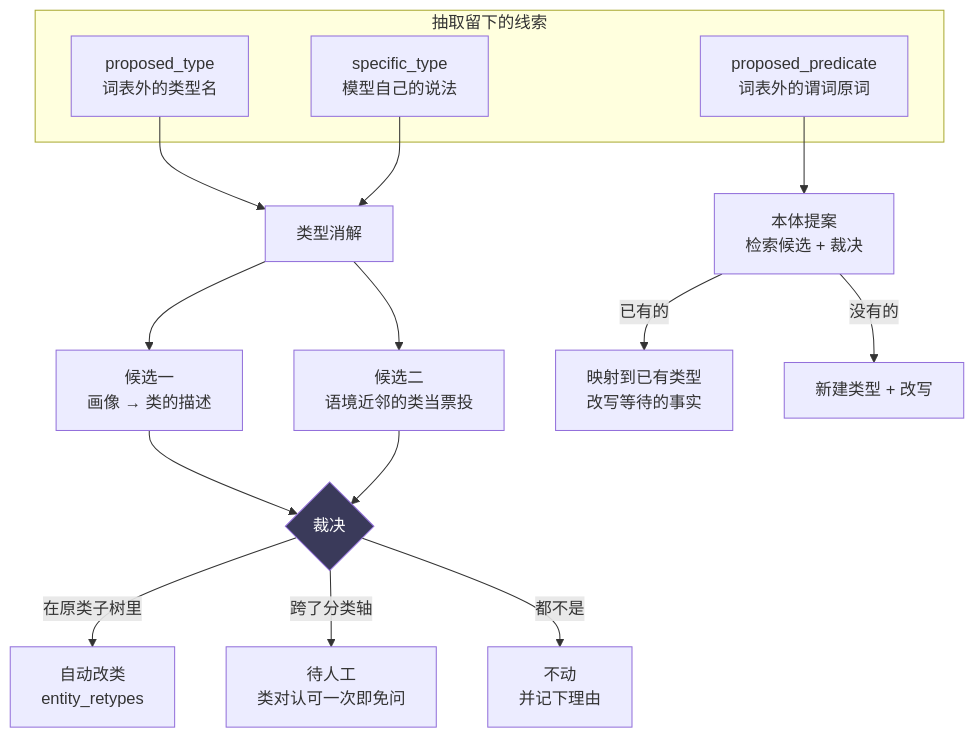
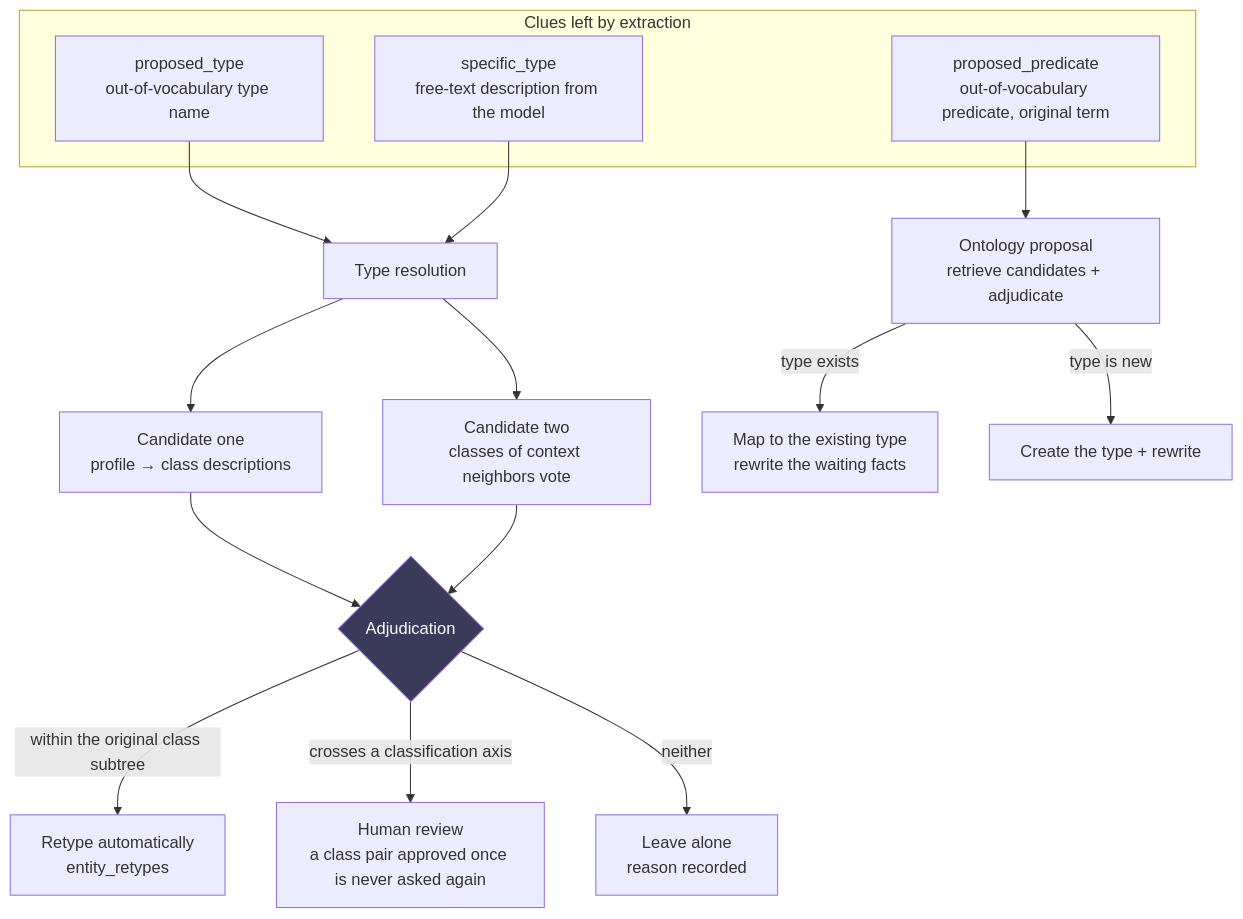
Before and after one commit to Danmushu/utopia: the fourth of 5 diagrams in docs/pipeline.md, drawn with Mermaid. The commit also changed other lines of this file and 18 other files, not shown here.

````diff
--- a/docs/pipeline.md
+++ b/docs/pipeline.md
@@ -194,22 +161,22 @@
 ```mermaid
 flowchart TB
-    subgraph 抽取留下的线索
-        PT[proposed_type<br/>词表外的类型名]
-        ST[specific_type<br/>模型自己的说法]
-        PP[proposed_predicate<br/>词表外的谓词原词]
+    subgraph clues [Clues left by extraction]
+        PT[proposed_type<br/>out-of-vocabulary type name]
+        ST[specific_type<br/>free-text description from the model]
+        PP[proposed_predicate<br/>out-of-vocabulary predicate, original term]
     end
     PT --> TR
     ST --> TR
-    PP --> GP[本体提案<br/>检索候选 + 裁决]
-    TR[类型消解] --> C1[候选一<br/>画像 → 类的描述]
-    TR --> C2[候选二<br/>语境近邻的类当票投]
-    C1 --> AD2{裁决}
+    PP --> GP[Ontology proposal<br/>retrieve candidates + adjudicate]
+    TR[Type resolution] --> C1[Candidate one<br/>profile → class descriptions]
+    TR --> C2[Candidate two<br/>classes of context neighbors vote]
+    C1 --> AD2{Adjudication}
     C2 --> AD2
-    AD2 -->|在原类子树里| AUTO[自动改类<br/>entity_retypes]
-    AD2 -->|跨了分类轴| REV[待人工<br/>类对认可一次即免问]
-    AD2 -->|都不是| NONE[不动<br/>并记下理由]
-    GP -->|已有的| MAP[映射到已有类型<br/>改写等待的事实]
-    GP -->|没有的| NEWT[新建类型 + 改写]
+    AD2 -->|within the original class subtree| AUTO[Retype automatically<br/>entity_retypes]
+    AD2 -->|crosses a classification axis| REV[Human review<br/>a class pair approved once is never asked again]
+    AD2 -->|neither| NONE[Leave alone<br/>reason recorded]
+    GP -->|type exists| MAP[Map to the existing type<br/>rewrite the waiting facts]
+    GP -->|type is new| NEWT[Create the type + rewrite]
 
     style AD2 fill:#3a3a5a,color:#fff
 ```
````
